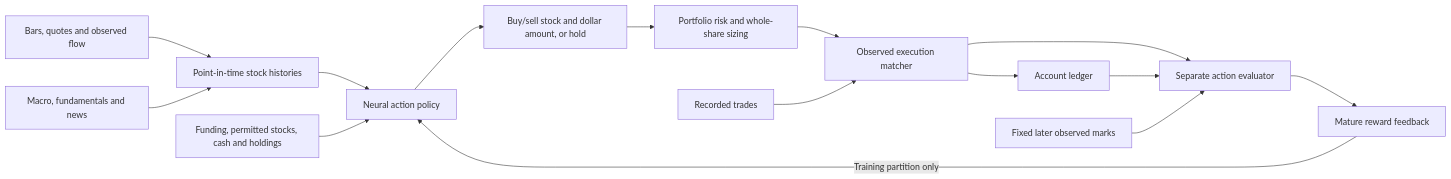
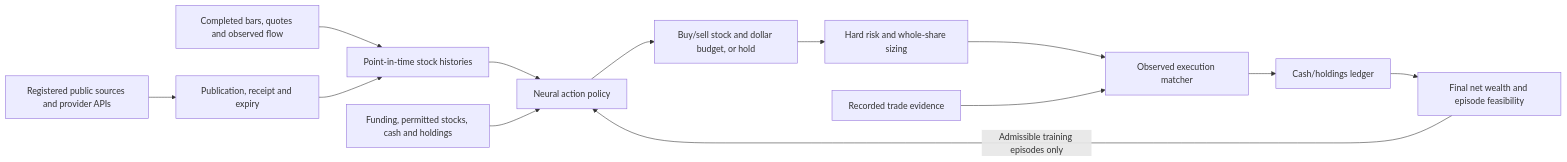
One commit to Leaf-Ye-103/StockTrade changed the diagram in docs/architecture.md. Above: the diagram before and after it, drawn with Mermaid. The commit also changed other lines of this file and 26 other files, not shown here.

Commit message:
Train direct portfolio policy on terminal wealth with causal online inputs

````diff
--- a/docs/architecture.md
+++ b/docs/architecture.md
@@ -5,17 +5,15 @@
 ```mermaid
 flowchart LR
-    B[Bars, quotes and observed flow] --> F[Point-in-time stock histories]
-    E[Macro, fundamentals and news] --> F
+    O[Registered public sources and provider APIs] --> I[Publication, receipt and expiry]
+    B[Completed bars, quotes and observed flow] --> F[Point-in-time stock histories]
+    I --> F
     F --> M[Neural action policy]
     C[Funding, permitted stocks, cash and holdings] --> M
-    M --> A[Buy/sell stock and dollar amount, or hold]
-    A --> R[Portfolio risk and whole-share sizing]
+    M --> A[Buy/sell stock and dollar budget, or hold]
+    A --> R[Hard risk and whole-share sizing]
     R --> X[Observed execution matcher]
-    T[Recorded trades] --> X
-    X --> P[Account ledger]
-    X --> V[Separate action evaluator]
-    P --> V
-    H[Fixed later observed marks] --> V
-    V --> G[Mature reward feedback]
-    G -->|Training partition only| M
+    T[Recorded trade evidence] --> X
+    X --> P[Cash/holdings ledger]
+    P --> V[Final net wealth and episode feasibility]
+    V -->|Admissible training episodes only| M
 ```
````
